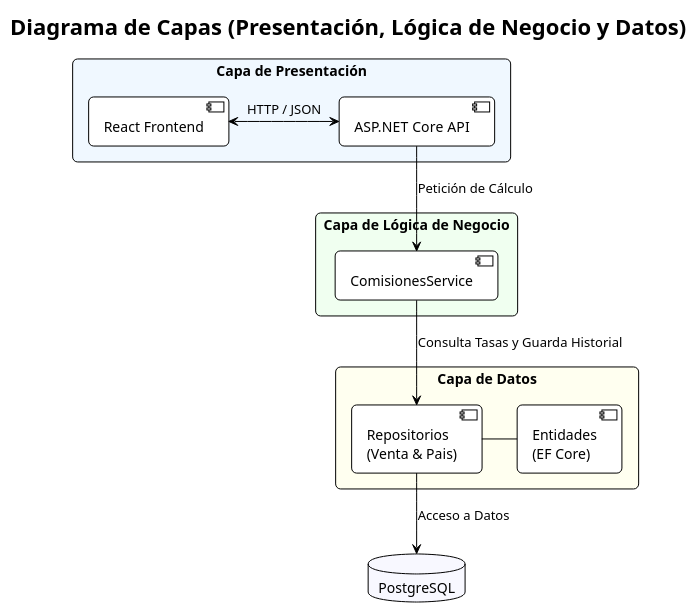
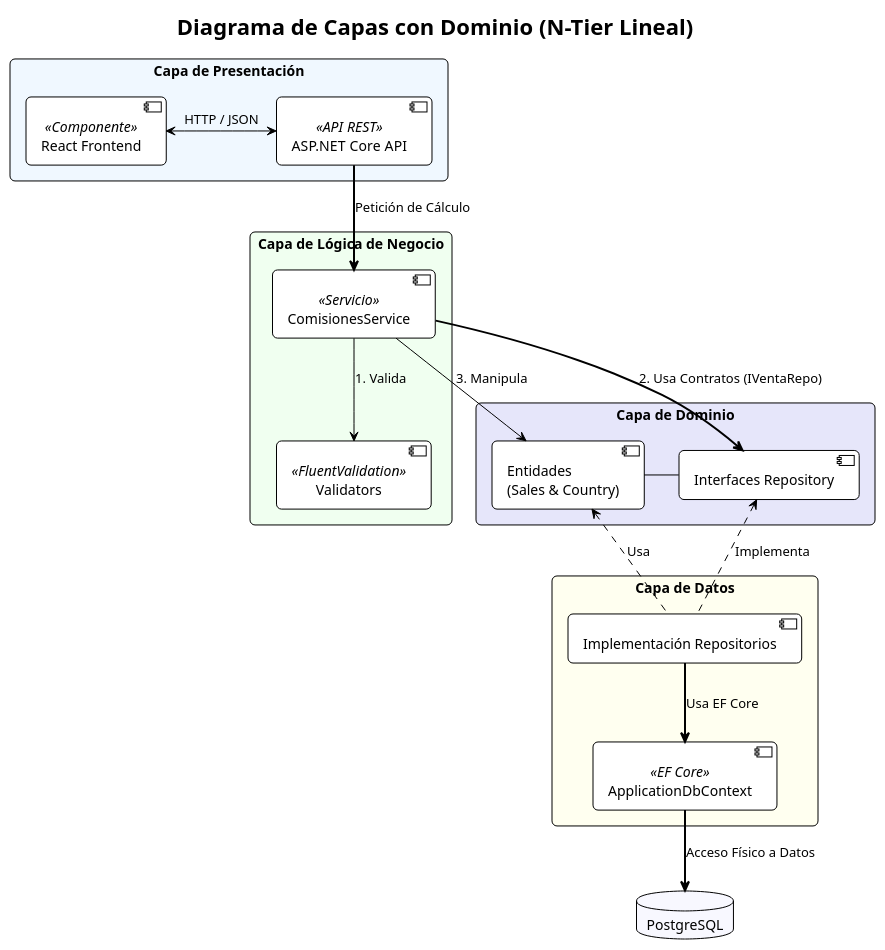
The diagram in docs/diagrams/raw/diagrama-capas.plantuml (GabrielAlcequiez/sales-commission-calculator), drawn with PlantUML before and after one commit. The commit also changed 11 other files, not shown here.

Commit message:
remove old diagramas

```diff
--- a/docs/diagrams/raw/diagrama-capas.plantuml
+++ b/docs/diagrams/raw/diagrama-capas.plantuml
@@ -1,30 +1,55 @@
 @startuml
 !theme plain
 skinparam packageStyle rectangle
 skinparam roundCorner 10
+skinparam direction top to bottom
 
-title Diagrama de Capas (Presentación, Lógica de Negocio y Datos)
+title Diagrama de Capas con Dominio (N-Tier Lineal)
 
+' --- CAPA DE PRESENTACIÓN ---
 package "Capa de Presentación" #AliceBlue {
-    [React Frontend] as UI
-    [ASP.NET Core API] as API
+    [React Frontend] as UI <<Componente>>
+    [ASP.NET Core API] as API <<API REST>>
     UI <-> API : HTTP / JSON
 }
 
+' --- CAPA DE LÓGICA DE NEGOCIO ---
 package "Capa de Lógica de Negocio" #HoneyDew {
-    [ComisionesService] as Service
+    [ComisionesService] as Service <<Servicio>>
+    [Validators] as Val <<FluentValidation>>
 }
 
+' --- CAPA DE DOMINIO ---
+package "Capa de Dominio" #Lavender {
+    [Entidades\n(Sales & Country)] as Entities 
+    [Interfaces Repository] as Interfaces 
+    Entities - Interfaces
+}
+
+' --- CAPA DE DATOS ---
 package "Capa de Datos" #Ivory {
-    [Repositorios\n(Venta & Pais)] as Repo
-    [Entidades\n(EF Core)] as Entities
-    Repo - Entities
+    [Implementación Repositorios] as RepoImpl
+    [ApplicationDbContext] as DBContext <<EF Core>>
+    
 }
 
 database "PostgreSQL" as DB #GhostWhite
 
-' Flujo de Dependencias
-API --> Service : Petición de Cálculo
-Service --> Repo : Consulta Tasas y Guarda Historial
-Repo --> DB : Acceso a Datos
+' --- FLUJO DE EJECUCIÓN (Arriba -> Abajo) ---
+' Flechas de solicitud de servicio
+API ==> Service : Petición de Cálculo
+
+' El servicio usa el Dominio y pide persistencia vía Interface
+Service --> Val : 1. Valida
+Service ==> Interfaces : 2. Usa Contratos (IVentaRepo)
+Service --> Entities : 3. Manipula
+
+' Data implementa Domain (Inversión: Data depende de Domain)
+RepoImpl .UP.> Interfaces : Implementa
+RepoImpl .UP.> Entities : Usa
+
+
+RepoImpl ==> DBContext : Usa EF Core
+DBContext ==> DB : Acceso Físico a Datos
+
 @enduml
```
